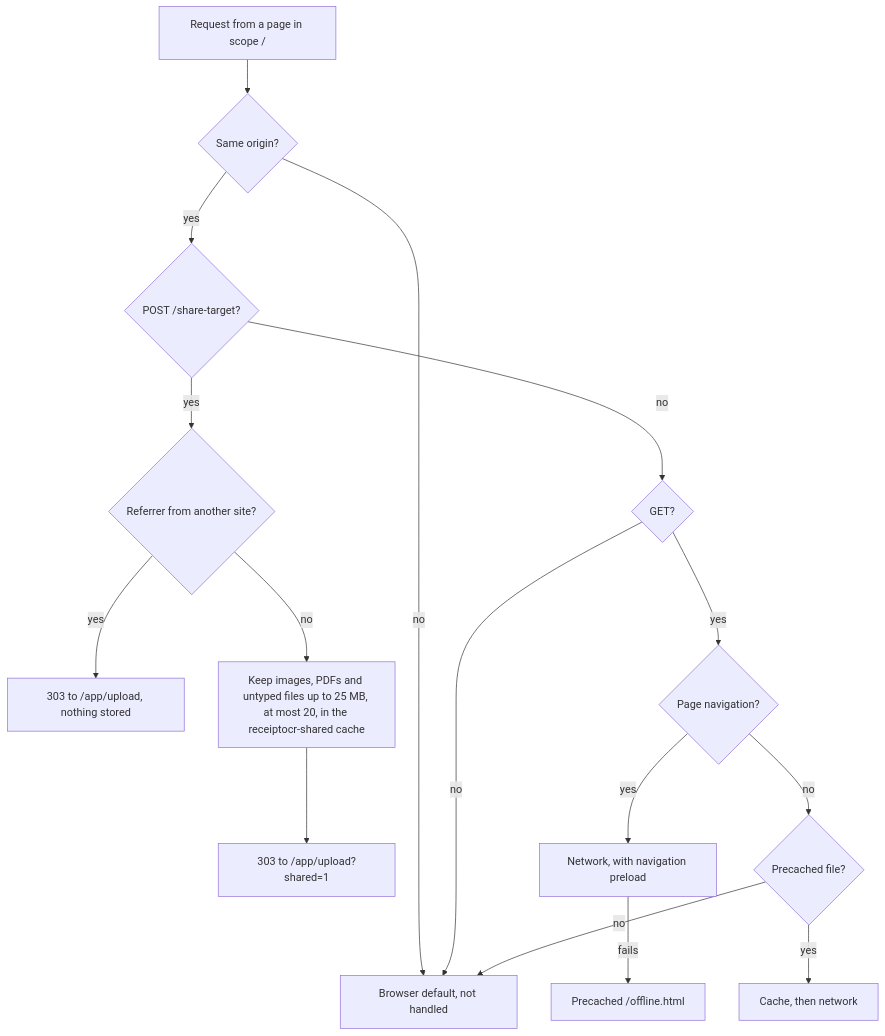
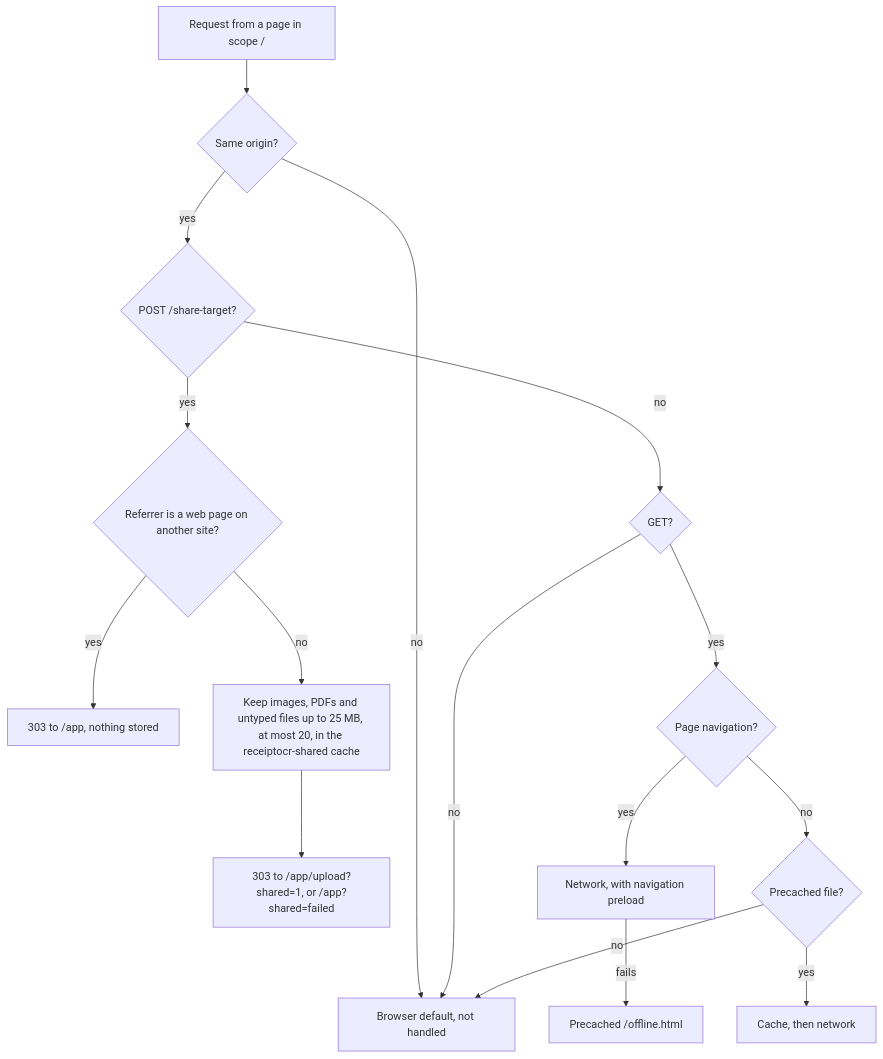
One commit to bhimrazy/receipt-ocr-app changed the second of 2 diagrams in docs/architecture/web.md. Above: the diagram before and after it, drawn with Mermaid. The commit also changed other lines of this file and 6 other files, not shown here.

Commit message:
fix(web): keep share-failure notices, accept Android app referrers, prune shares on navigation

````diff
--- a/docs/architecture/web.md
+++ b/docs/architecture/web.md
@@ -158,18 +158,18 @@
 ```mermaid
 flowchart TD
   R[Request from a page in scope /] --> O{Same origin?}
   O -- no --> N[Browser default, not handled]
   O -- yes --> S{POST /share-target?}
-  S -- yes --> RF{Referrer from another site?}
-  RF -- yes --> D[303 to /app/upload, nothing stored]
+  S -- yes --> RF{Referrer is a web page on another site?}
+  RF -- yes --> D[303 to /app, nothing stored]
   RF -- no --> F[Keep images, PDFs and untyped files up to 25 MB, at most 20, in the receiptocr-shared cache]
-  F --> U[303 to /app/upload?shared=1]
+  F --> U[303 to /app/upload?shared=1, or /app?shared=failed]
   S -- no --> G{GET?}
   G -- no --> N
   G -- yes --> M{Page navigation?}
   M -- yes --> W[Network, with navigation preload]
   W -- fails --> X[Precached /offline.html]
   M -- no --> P{Precached file?}
   P -- yes --> C[Cache, then network]
   P -- no --> N
 ```
````
